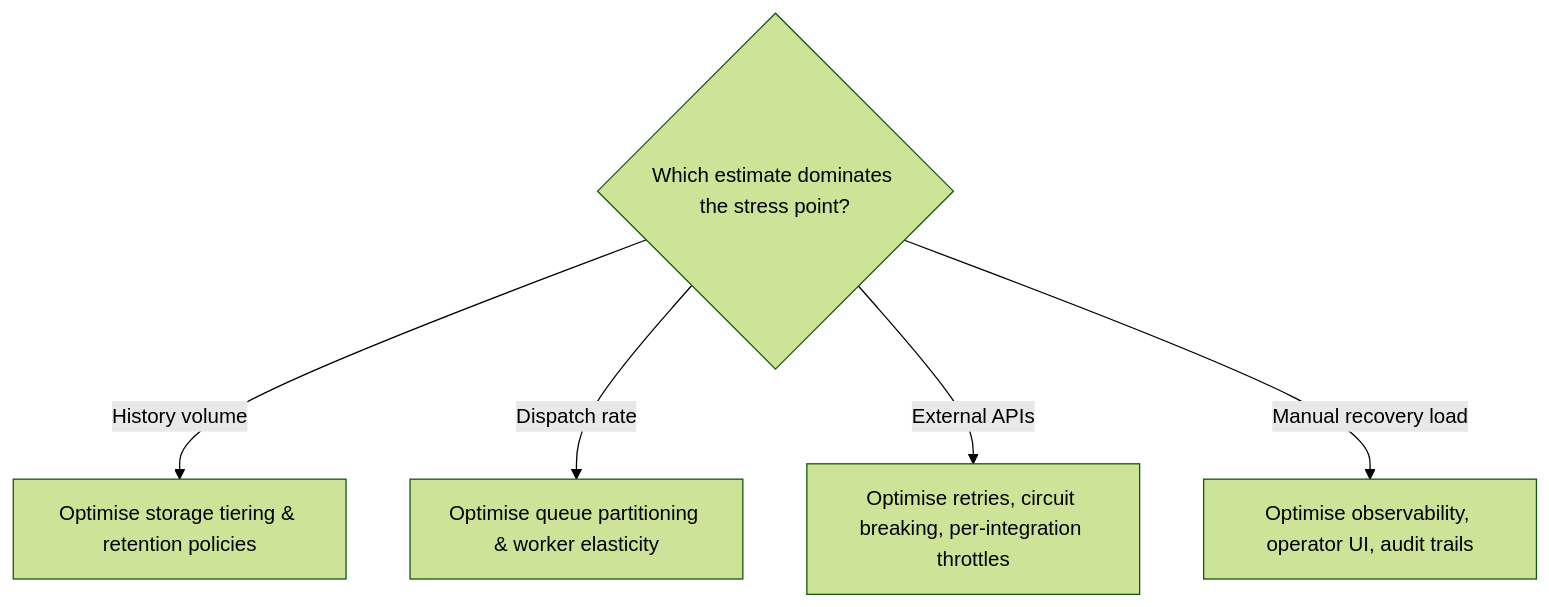
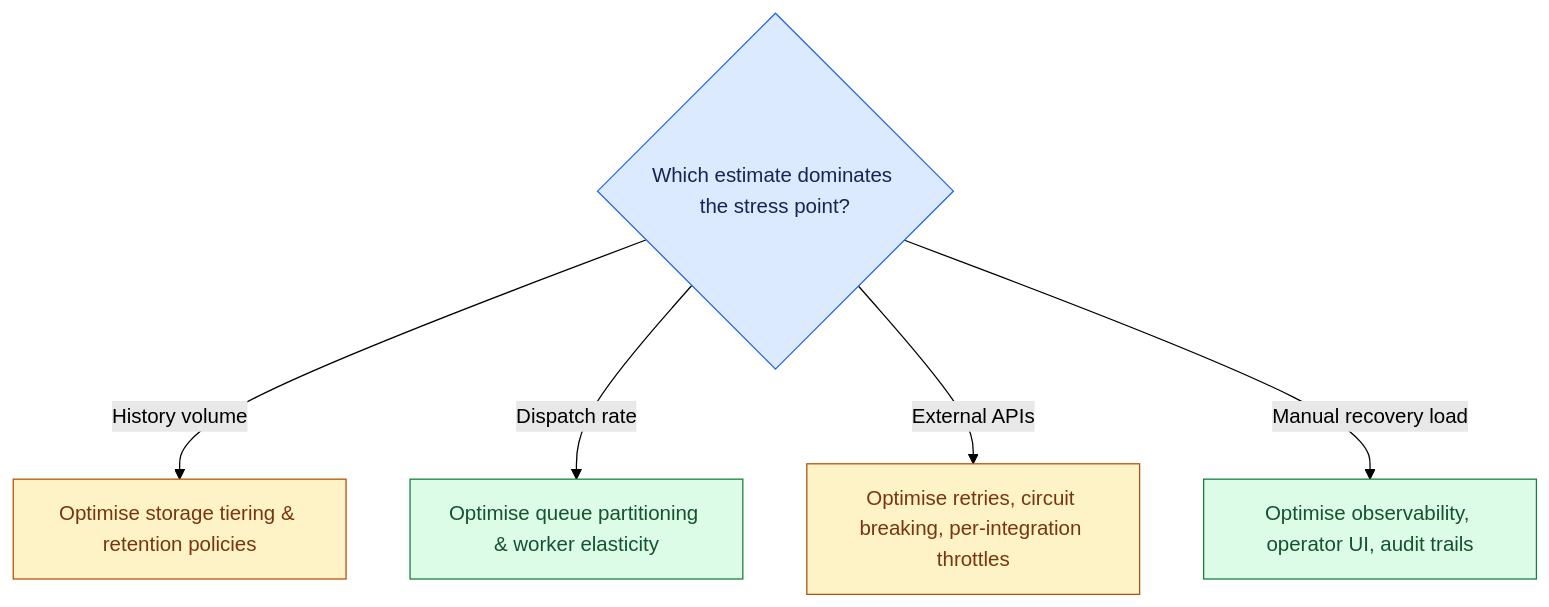
Before and after one commit to Sourav692/Forward-Deployed-Engineer-Interview-Prep: the diagram in site/content/modules/15-fde-case-studies/standalone-designs/reliable-workflow-orchestration/tutorial-v2-part-3.md, drawn with Mermaid (forest theme). The commit also changed 1268 other files, not shown here.

First line of the commit message:
content: polish Casebook writing and Mermaid diagrams (#251)

````diff
--- a/site/content/modules/15-fde-case-studies/standalone-designs/reliable-workflow-orchestration/tutorial-v2-part-3.md
+++ b/site/content/modules/15-fde-case-studies/standalone-designs/reliable-workflow-orchestration/tutorial-v2-part-3.md
@@ -116,8 +116,16 @@
 ```mermaid
 flowchart TD
   A{Which estimate dominates the stress point?}
   A -->|History volume| B[Optimise storage tiering & retention policies]
   A -->|Dispatch rate| C[Optimise queue partitioning & worker elasticity]
   A -->|External APIs| D[Optimise retries, circuit breaking, per-integration throttles]
   A -->|Manual recovery load| E[Optimise observability, operator UI, audit trails]
+
+    %% Casebook colours: entry, reasoning, results, controls, and stopped paths.
+    classDef cbInput fill:#dbeafe,stroke:#2563eb,color:#172554
+    class A cbInput
+    classDef cbPolicy fill:#fef3c7,stroke:#b45309,color:#78350f
+    class B,D cbPolicy
+    classDef cbAction fill:#dcfce7,stroke:#15803d,color:#14532d
+    class C,E cbAction
 ```
````
